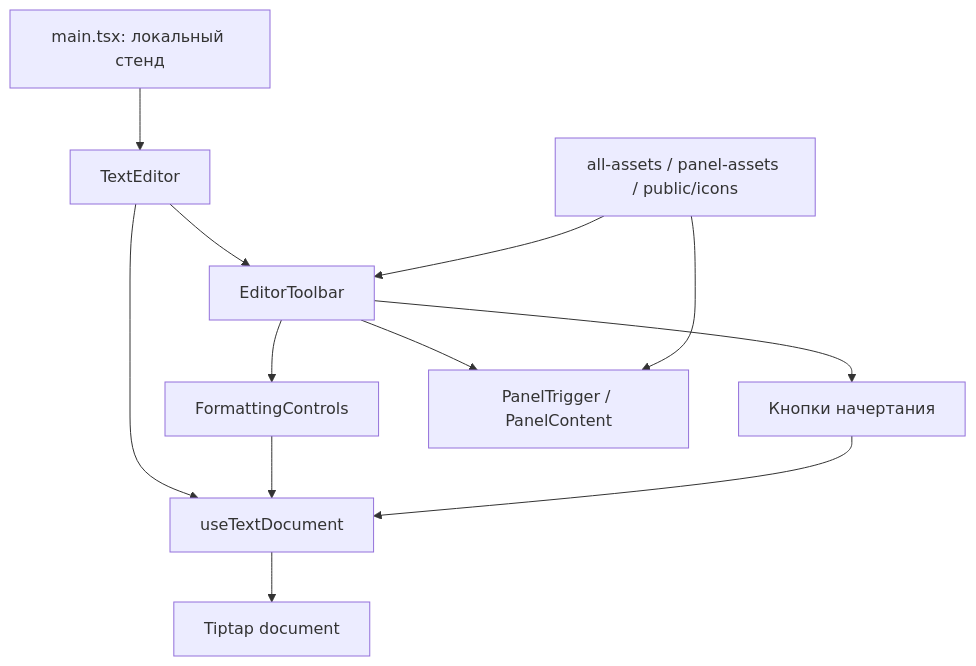
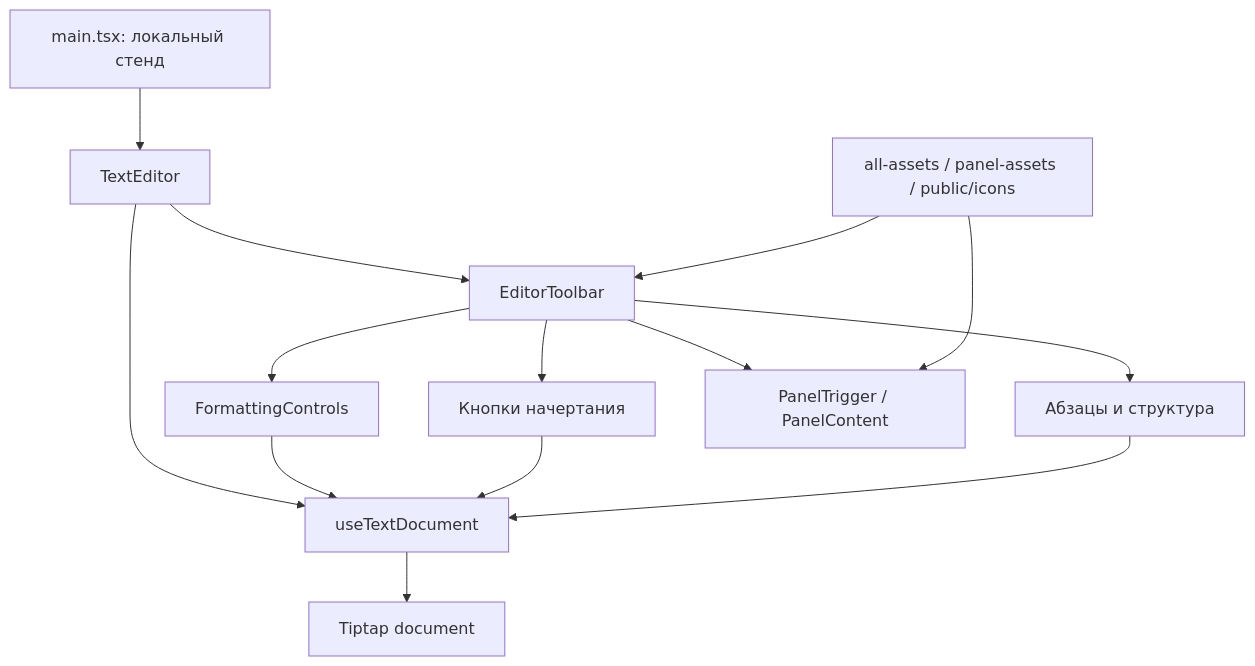
One commit to mishavorobyou-spec/b2b-text-editor changed the diagram in Карта_Проекта.md. Above: the diagram before and after it, drawn with Mermaid. The commit also changed other lines of this file and 3 other files, not shown here.

````diff
--- a/Карта_Проекта.md
+++ b/Карта_Проекта.md
@@ -5,14 +5,16 @@
 ```mermaid
 flowchart TD
     Main[main.tsx: локальный стенд] --> Editor[TextEditor]
     Editor --> Toolbar[EditorToolbar]
     Editor --> Hook[useTextDocument]
     Hook --> Tiptap[Tiptap document]
     Toolbar --> Formatting[FormattingControls]
     Toolbar --> Inline[Кнопки начертания]
+    Toolbar --> Paragraphs[Абзацы и структура]
     Toolbar --> Panels[PanelTrigger / PanelContent]
     Formatting --> Hook
     Inline --> Hook
+    Paragraphs --> Hook
     Assets[all-assets / panel-assets / public/icons] --> Toolbar
     Assets --> Panels
 ```
````
